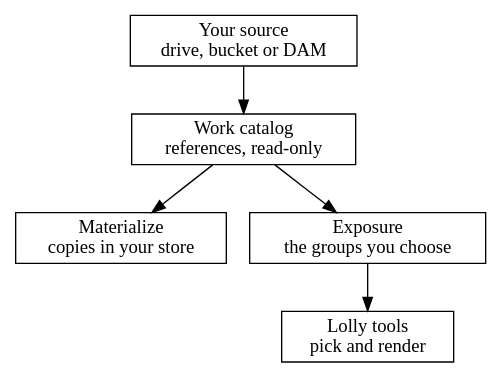
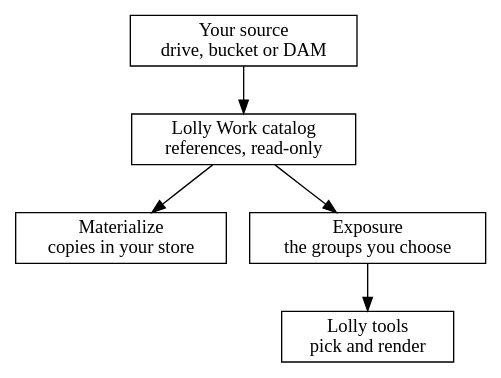
Before and after one commit to lolly-tools/lolly: the diagram in docs/diagram-sources/work-integrations/source-flow.dot, drawn with Graphviz. The commit also changed 826 other files, not shown here.

```diff
--- a/docs/diagram-sources/work-integrations/source-flow.dot
+++ b/docs/diagram-sources/work-integrations/source-flow.dot
@@ -1,13 +1,13 @@
 digraph source_flow {
   rankdir=TB
   node [shape=box]
   source [label="Your source\ndrive, bucket or DAM"]
-  catalog [label="Work catalog\nreferences, read-only"]
+  catalog [label="Lolly Work catalog\nreferences, read-only"]
   copy [label="Materialize\ncopies in your store"]
   groups [label="Exposure\nthe groups you choose"]
   tools [label="Lolly tools\npick and render"]
   source -> catalog
   catalog -> groups
   catalog -> copy
   groups -> tools
 }
```
